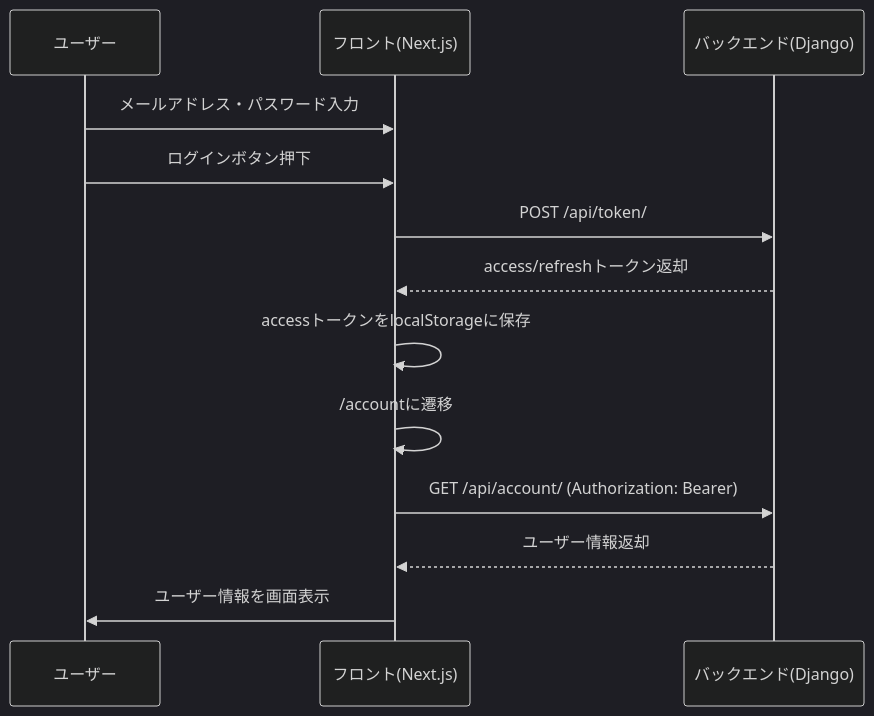
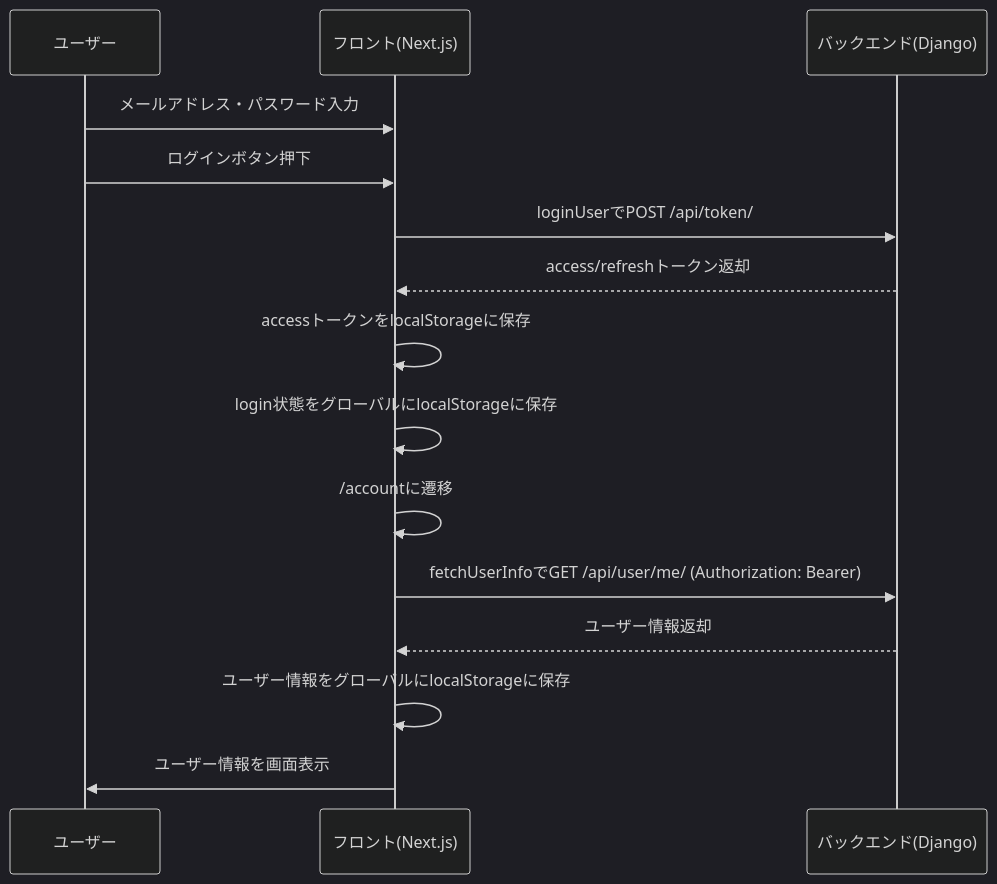
One commit to Saaka-y/korup changed the diagram in docs/login/sequence.md. Above: the diagram before and after it, drawn with Mermaid (dark theme). The commit also changed other lines of this file and 13 other files, not shown here.

Commit message:
accountページからAPI経由でユーザー情報取得、ユーザー情報のグローバル・localStorage保存 - fetchUserInfoでユーザー情報取得 - loginUserで認証・トークン取得 - 設計図・型・import等も新名称に統一 - userStoreのpersist対応

````diff
--- a/docs/login/sequence.md
+++ b/docs/login/sequence.md
@@ -3,16 +3,18 @@
 ```mermaid
 sequenceDiagram
     participant user as ユーザー
     participant front as フロント(Next.js)
     participant back as バックエンド(Django)
 
     user->>front: メールアドレス・パスワード入力
     user->>front: ログインボタン押下
-    front->>back: POST /api/token/
+    front->>back: loginUserでPOST /api/token/
     back-->>front: access/refreshトークン返却
     front->>front: accessトークンをlocalStorageに保存
+    front->>front: login状態をグローバルにlocalStorageに保存
     front->>front: /accountに遷移
-    front->>back: GET /api/account/ (Authorization: Bearer)
+    front->>back: fetchUserInfoでGET /api/user/me/ (Authorization: Bearer)
     back-->>front: ユーザー情報返却
+    front->>front: ユーザー情報をグローバルにlocalStorageに保存
     front->>user: ユーザー情報を画面表示
 ```
````
